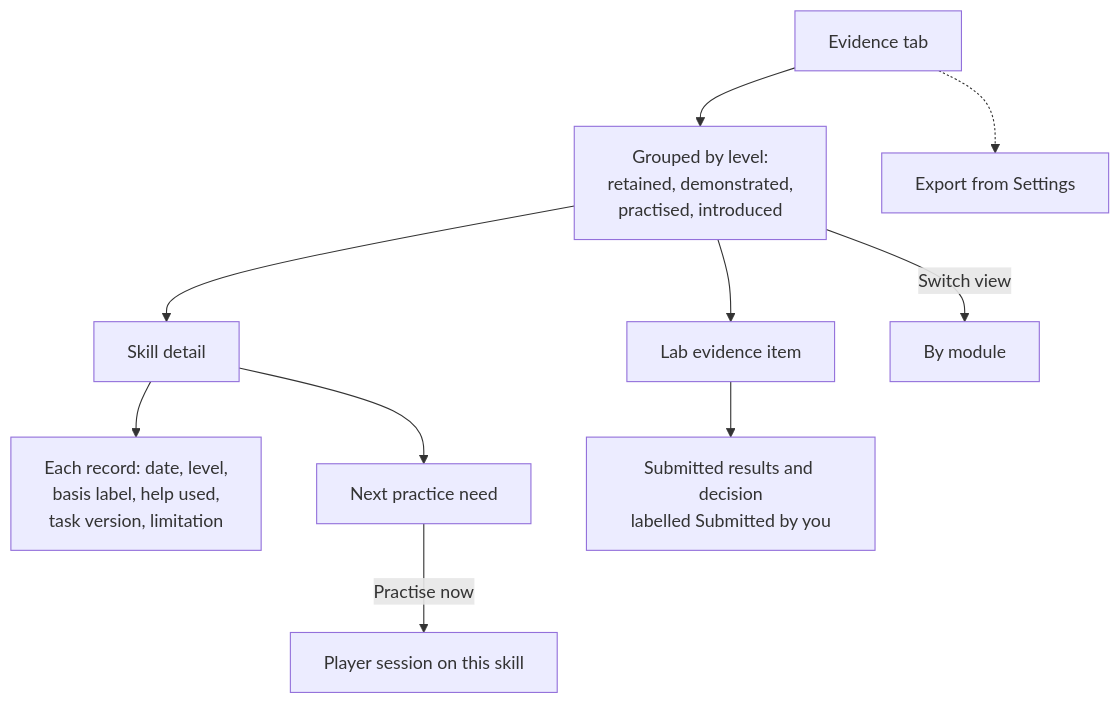
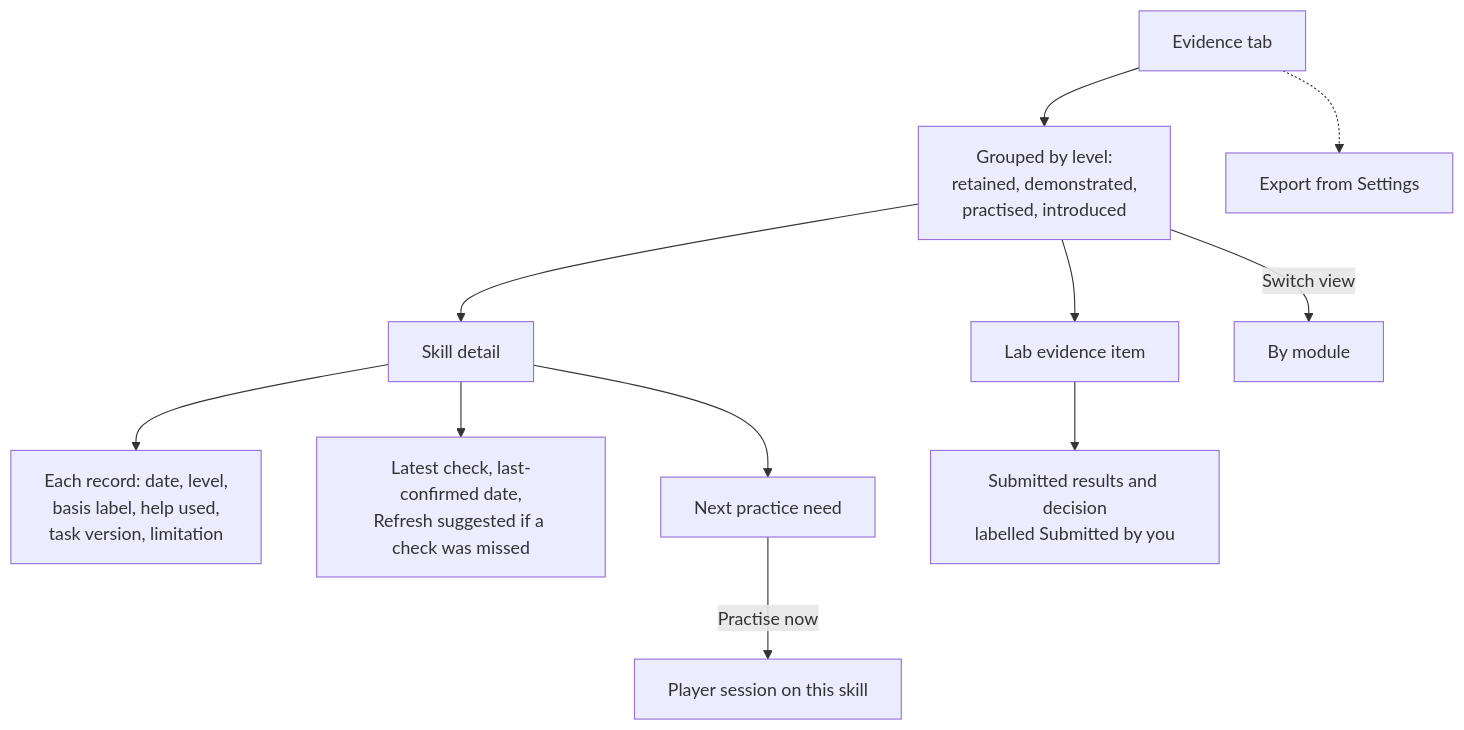
The tenth of 12 diagrams in devstep/docs/08-ux-and-screens.md (GhanshyamSoni68/app_idea), drawn with Mermaid before and after one commit. The commit also changed other lines of this file and 8 other files, not shown here.

````diff
--- a/devstep/docs/08-ux-and-screens.md
+++ b/devstep/docs/08-ux-and-screens.md
@@ -291,10 +298,11 @@
 ```mermaid
 flowchart TD
   I1["Evidence tab"] --> I2["Grouped by level:<br/>retained, demonstrated,<br/>practised, introduced"] --> I3["Skill detail"]
   I3 --> I4["Each record: date, level,<br/>basis label, help used,<br/>task version, limitation"]
+  I3 --> I11["Latest check, last-confirmed date,<br/>Refresh suggested if a check was missed"]
   I3 --> I5["Next practice need"]
   I5 -->|Practise now| I6["Player session on this skill"]
   I2 --> I7["Lab evidence item"] --> I8["Submitted results and decision<br/>labelled Submitted by you"]
   I2 -->|Switch view| I9["By module"]
   I1 -.-> I10["Export from Settings"]
 ```
````
